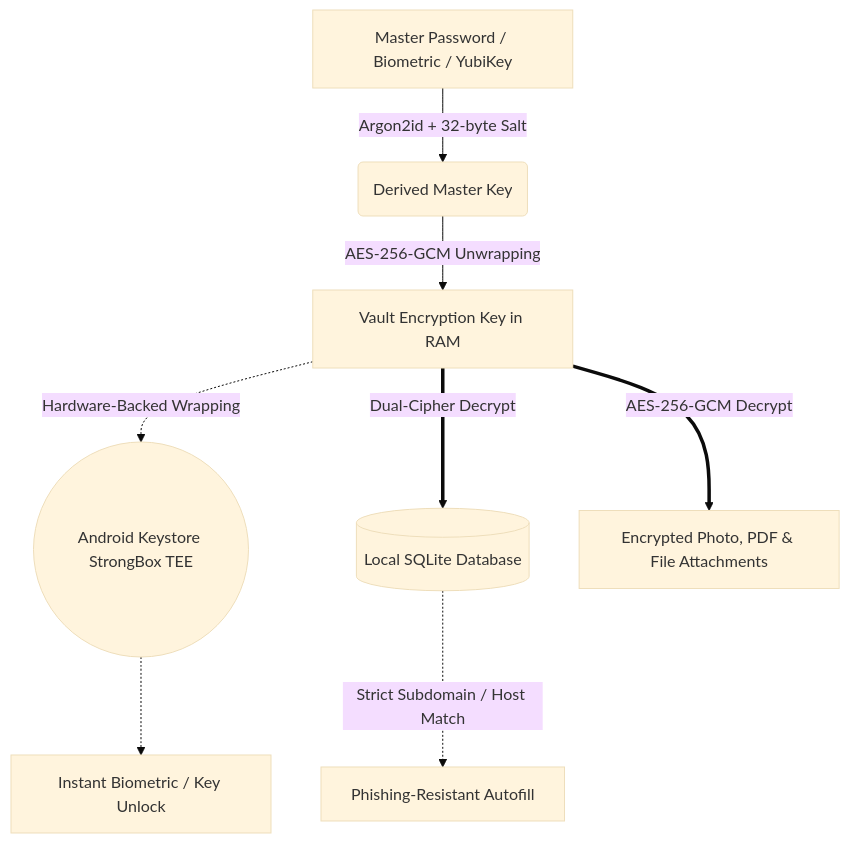
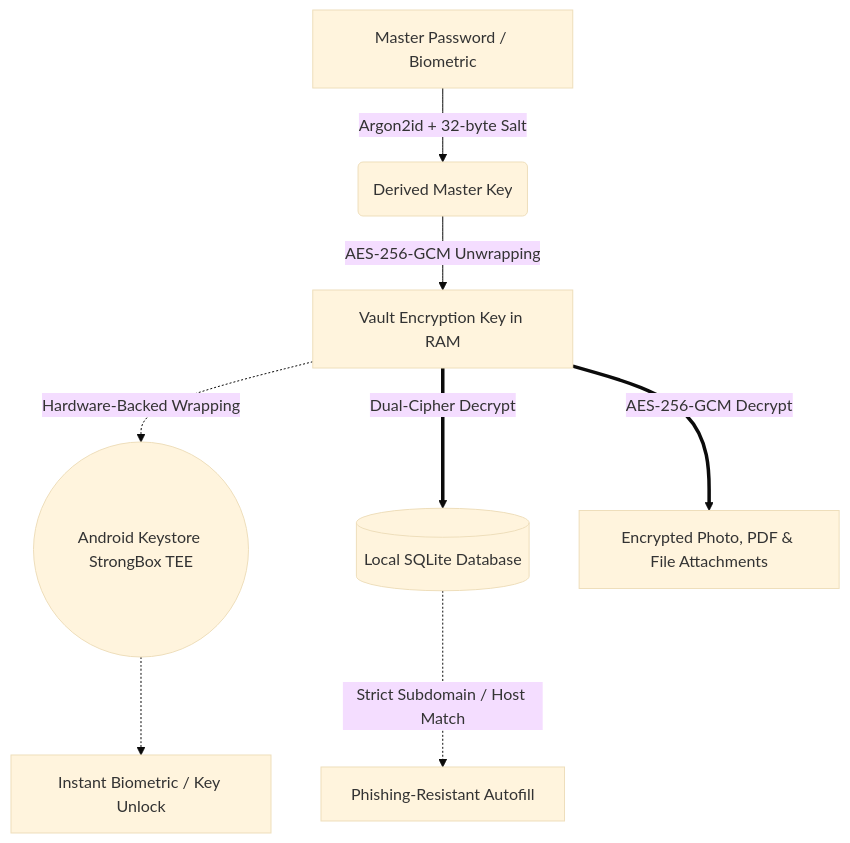
The diagram in README.md (CodeSorcerer-007/Kryptx), drawn with Mermaid (base theme) before and after one commit. The commit also changed other lines of this file and 61 other files, not shown here.

````diff
--- a/README.md
+++ b/README.md
@@ -121,10 +119,10 @@
 ```mermaid
 graph TD;
-    A[Master Password / Biometric / YubiKey] -->|Argon2id + 32-byte Salt| B(Derived Master Key);
+    A[Master Password / Biometric] -->|Argon2id + 32-byte Salt| B(Derived Master Key);
     B -->|AES-256-GCM Unwrapping| C[Vault Encryption Key in RAM];
     C -.->|Hardware-Backed Wrapping| D((Android Keystore StrongBox TEE));
     D -.-> E[Instant Biometric / Key Unlock];
     C ==>|Dual-Cipher Decrypt| F[(Local SQLite Database)];
     C ==>|AES-256-GCM Decrypt| G[Encrypted Photo, PDF & File Attachments];
     F -.->|Strict Subdomain / Host Match| H[Phishing-Resistant Autofill];
 ```
````
